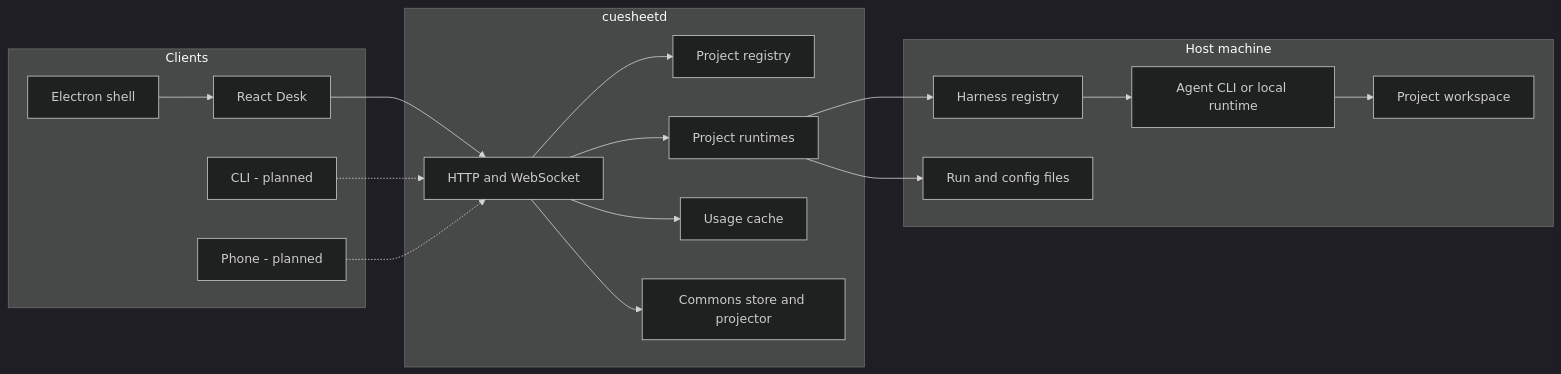
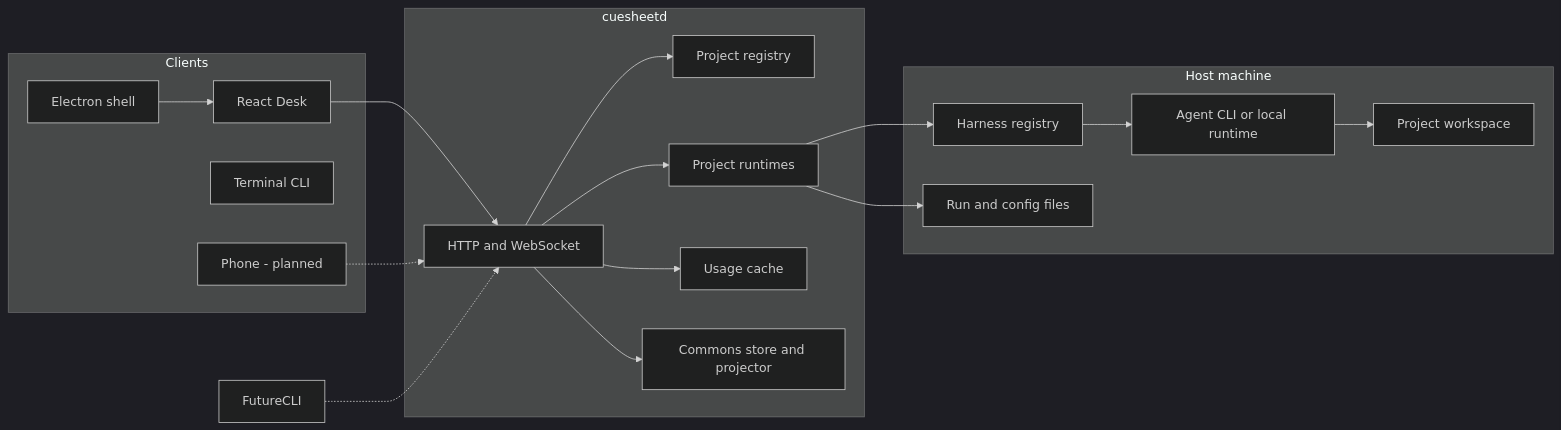
One commit to npyrz/Cuesheet changed the first of 3 diagrams in docs/system-design/architecture.md. Above: the diagram before and after it, drawn with Mermaid (dark theme). The commit also changed other lines of this file and 8 other files, not shown here.

First line of the commit message:
Add terminal CLI and docs for daemon client

````diff
--- a/docs/system-design/architecture.md
+++ b/docs/system-design/architecture.md
@@ -9,37 +9,37 @@
 ```mermaid
 flowchart LR
     subgraph Clients
         Desk[React Desk]
         Shell[Electron shell]
-        FutureCLI[CLI - planned]
+        CLI[Terminal CLI]
         Phone[Phone - planned]
     end
 
     subgraph Daemon[cuesheetd]
         API[HTTP and WebSocket]
         Registry[Project registry]
         Runtimes[Project runtimes]
         Usage[Usage cache]
         Memory[Commons store and projector]
     end
 
     subgraph Host[Host machine]
         Harness[Harness registry]
         Vendor[Agent CLI or local runtime]
         Repo[Project workspace]
         Disk[Run and config files]
     end
 
     Shell --> Desk
     Desk --> API
     FutureCLI -.-> API
     Phone -.-> API
     API --> Registry
     API --> Runtimes
     API --> Usage
     API --> Memory
     Runtimes --> Harness
     Harness --> Vendor
     Vendor --> Repo
     Runtimes --> Disk
 ```
````
